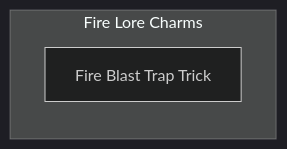
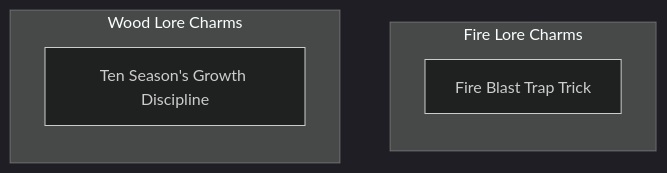
Before and after one commit to jrobichaud/exalted-charms-1e: the diagram in docs/mermaid/dragon_blooded/air_lore_1.mmd, drawn with Mermaid. The commit also changed 2 other files, not shown here.

Commit message:
more db charms

```diff
--- a/docs/mermaid/dragon_blooded/air_lore_1.mmd
+++ b/docs/mermaid/dragon_blooded/air_lore_1.mmd
@@ -1,51 +1,99 @@
 ---
 config:
   theme: dark
 ---
 flowchart TD
 
     %% described in Storyteller's Companion
     subgraph fire_lore[Fire Lore Charms]
         direction TB
 
         fire_blast_trap_trick[Fire Blast Trap Trick]
         click fire_blast_trap_trick callback "
         Fire Blast Trap Trick<br>
         <br>
         Cost: 1 mote<br>
         Duration: Until triggered<br>
         Type: Simple<br>
         Minimum Lore: 3<br>
         Minimum Essence: 2<br>
         Prerequisite Charms: None<br>
         <br>
         This peculiar Charm finds use among Dragon-Bloods
         who worry about thieves. It takes a clever hand, though, to
         trap a fire inside a box, jar or bottle so that it can't go out.
         The Dynast must place a bit of fuel inside the container —
         firedust from the far south works best — set it on fire, then
         slap the lid shut and seal it just right. When someone opens
         the container, the captive fire explodes, much larger and
         hotter from anger at being trapped. A typical use for the
         fire trap is to rig it inside a trunk or cupboard so that anyone
         who opens it the wrong way pops open the hidden container
         and set off the trap.<br>
         Like most Charms with long-term effects, the fire trap
         &quot;ties up&quot; the mote of Essence used to set it up. For this
         reason, the Aspects of Fire do not manufacture fire traps by
         the dozen. Creating a fire trap takes just a minute, but the
         trap itself can last indefinitely. The trap lasts even after its
         creator's death, if she never reclaimed its Essence. The fire
         trap's explosion has a three-foot radius. The player rolls
         Dexterity + Lore. As well as causing a flash and loud bang,
         for each success the player rolls, the trap does a number of
         points of lethal damage equal to the Essence of the Exalted
         who set the trap, soaked normally. Obviously, fire traps are
         unsuitable for guarding anything that flame could destroy.<br>
         Cascade Charms:<br>
         • The Fire Blast Trap Trick needs few improvements.
         One possibility is an improved fire trap whose flame fills a
         larger area.
         "
 
     end
+
+    %% described in Storyteller's Companion
+    subgraph wood_lore[Wood Lore Charms]
+        direction TB
+
+        ten_seasons_growth_discipline[Ten Season's Growth Discipline]
+        click ten_seasons_growth_discipline callback "
+            Ten Season's Growth Discipline<br>
+            <br>
+            Cost: 1 mote per minute of use<br>
+            Duration: Instant<br>
+            Type: Simple<br>
+            Minimum Lore: 2<br>
+            Minimum Essence: 2<br>
+            Prerequisite Charms: None<br>
+            <br>
+            By communing with the living spirit of a plant, a
+            Dragon-Blooded character can rouse it to grow with impossible,
+            supernatural speed. A seed can grow into a flower.
+            A seedling can become a sturdy sapling. What's more, the
+            character can shape the plant's growth. Although instant
+            topiary is an esthetically pleasing application, a character
+            can also grow trees so they crack stone walls with their
+            roots, produce living ladders from ivy or perform other
+            useful tricks.<br>
+            To employ this Charm, the character must lightly
+            stroke the target plant, softly hum or sing to the spirit
+            within it and supply it with water. For every minute and
+            mote of Essence expended, the plant experiences up to a
+            full year's worth of growth. Thus, growing an annual flower
+            from a seed requires only one minute and one mote of
+            Essence; growing an oak tree 20 years old from an acorn
+            takes 20 minutes and 20 motes of Essence.<br>
+            Cascade Charms:<br>
+            • With greater Lore or Essence, the character could
+            learn to grow and shape trees with greater speed and less
+            cost of Essence.<br>
+            • A plant might actually animate for a short time to
+            work the Dragon-Blooded character's will.<br>
+            • A plant could grow supernaturally large. A bower of
+            giant flowers aids any courtship; more bizarre options
+            include giant gourds or pumpkins as houses or boats.<br>
+            • A really powerful Dynast might be able to make a
+            tree grow around a captured enemy, trapping him in
+            ageless slumber until someone cuts the tree down.
+            "
+
+    end
```
